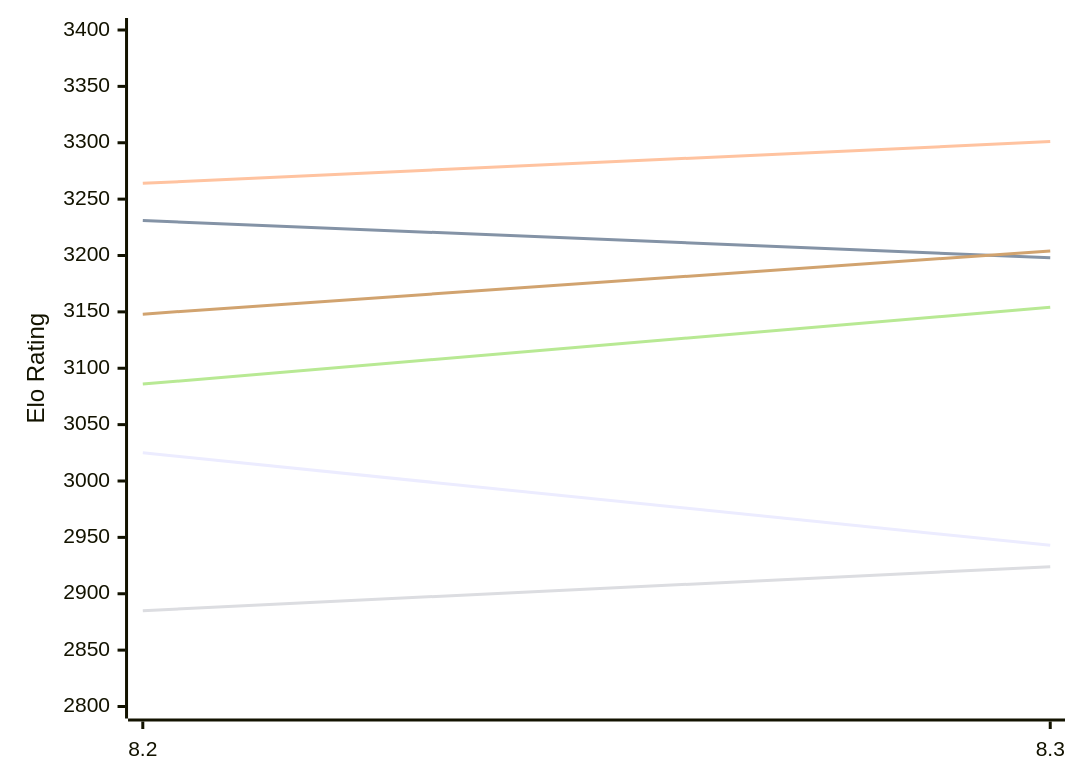
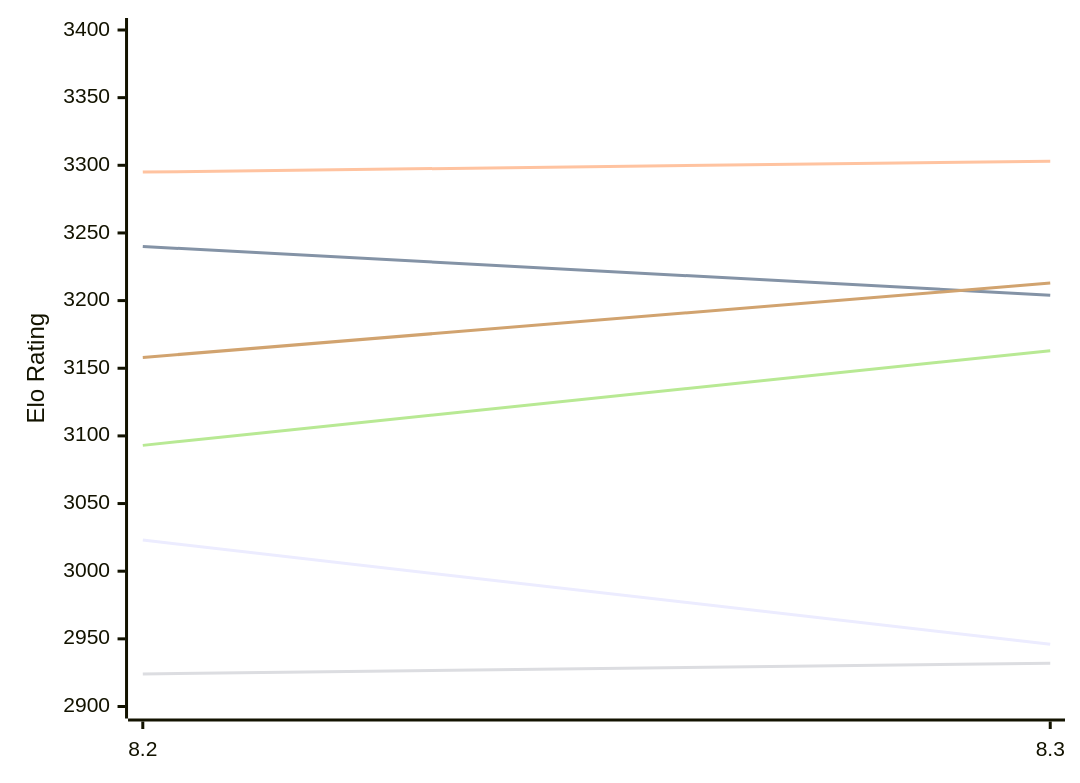
One commit to computer-chess-index/cci changed the first of 2 diagrams in engines/Alexander.md. Above: the diagram before and after it, drawn with Mermaid. The commit also changed other lines of this file, not shown here.

Commit message:
Update CCI Ratings (ELO VLTC) - 2026-11-25

````diff
--- a/engines/Alexander.md
+++ b/engines/Alexander.md
@@ -52,12 +52,12 @@
 ```mermaid
 %%{init: {"theme":"base","themeVariables":{"seriesColors:['#a3a3a3','#222221','#faa371']}}}%%
 xychart-beta
   x-axis ["8.2", "8.3"]
-  y-axis "Elo Rating" 2800 --> 3400
-  line "E1: STC (8.0+0.08s)" [3025, 2943]
-  line "E1: LTC (60.0+0.60s)" [3231, 3198]
-  line "E1: VLTC (2m24s+1.12s)" [3264, 3301]
-  line "P1: STC (8.0+0.08s)" [2885, 2924]
-  line "P1: LTC (60.0+0.60s)" [3086, 3154]
-  line "P1: VLTC (2m24s+1.12s)" [3148, 3204]
+  y-axis "Elo Rating" 2900 --> 3400
+  line "E1: STC (8.0+0.08s)" [3023, 2946]
+  line "E1: LTC (60.0+0.60s)" [3240, 3204]
+  line "E1: VLTC (2m24s+1.12s)" [3295, 3303]
+  line "P1: STC (8.0+0.08s)" [2924, 2932]
+  line "P1: LTC (60.0+0.60s)" [3093, 3163]
+  line "P1: VLTC (2m24s+1.12s)" [3158, 3213]
 ```
````
